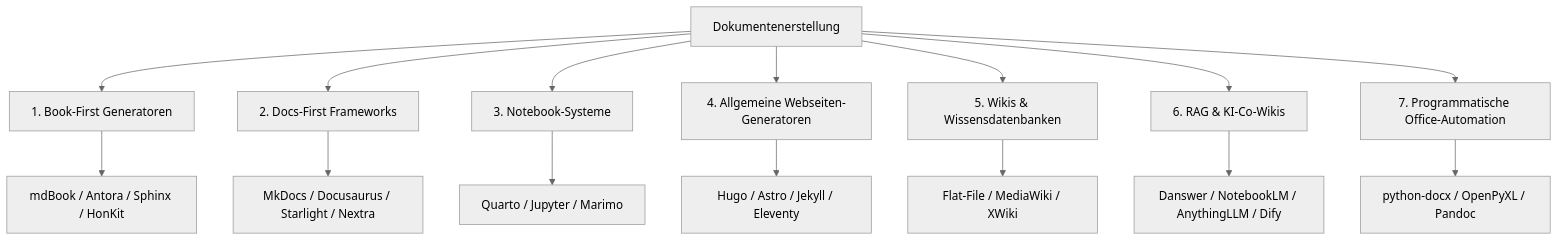
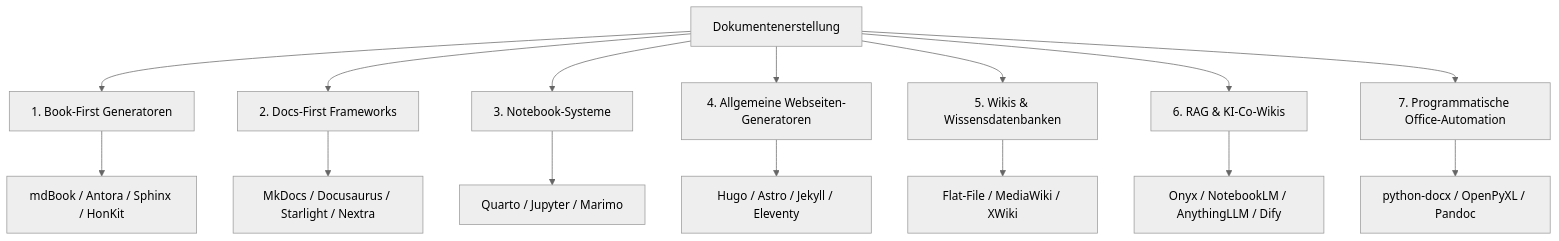
The diagram in docs/wissen/dokumentation/index.md (thorstenkloehn/dokument), drawn with Mermaid (neutral theme) before and after one commit. The commit also changed other lines of this file and 3 other files, not shown here.

First line of the commit message:
Neue Seiten: MediaWiki KI-Agent & Onyx (ehem. Danswer)

````diff
--- a/docs/wissen/dokumentation/index.md
+++ b/docs/wissen/dokumentation/index.md
@@ -5,18 +5,18 @@
 ```mermaid
 graph TD
     A[Dokumentenerstellung] --> B[1. Book-First Generatoren]
     A --> C[2. Docs-First Frameworks]
     A --> D[3. Notebook-Systeme]
     A --> H[4. Allgemeine Webseiten-Generatoren]
     A --> E["5. Wikis & Wissensdatenbanken"]
     A --> F["6. RAG & KI-Co-Wikis"]
     A --> G[7. Programmatische Office-Automation]
     
     B --> B1["mdBook / Antora / Sphinx / HonKit"]
     C --> C1["MkDocs / Docusaurus / Starlight / Nextra"]
     D --> D1["Quarto / Jupyter / Marimo"]
     H --> H1["Hugo / Astro / Jekyll / Eleventy"]
     E --> E1["Flat-File / MediaWiki / XWiki"]
-    F --> F1["Danswer / NotebookLM / AnythingLLM / Dify"]
+    F --> F1["Onyx / NotebookLM / AnythingLLM / Dify"]
     G --> G1["python-docx / OpenPyXL / Pandoc"]
 ```
````
